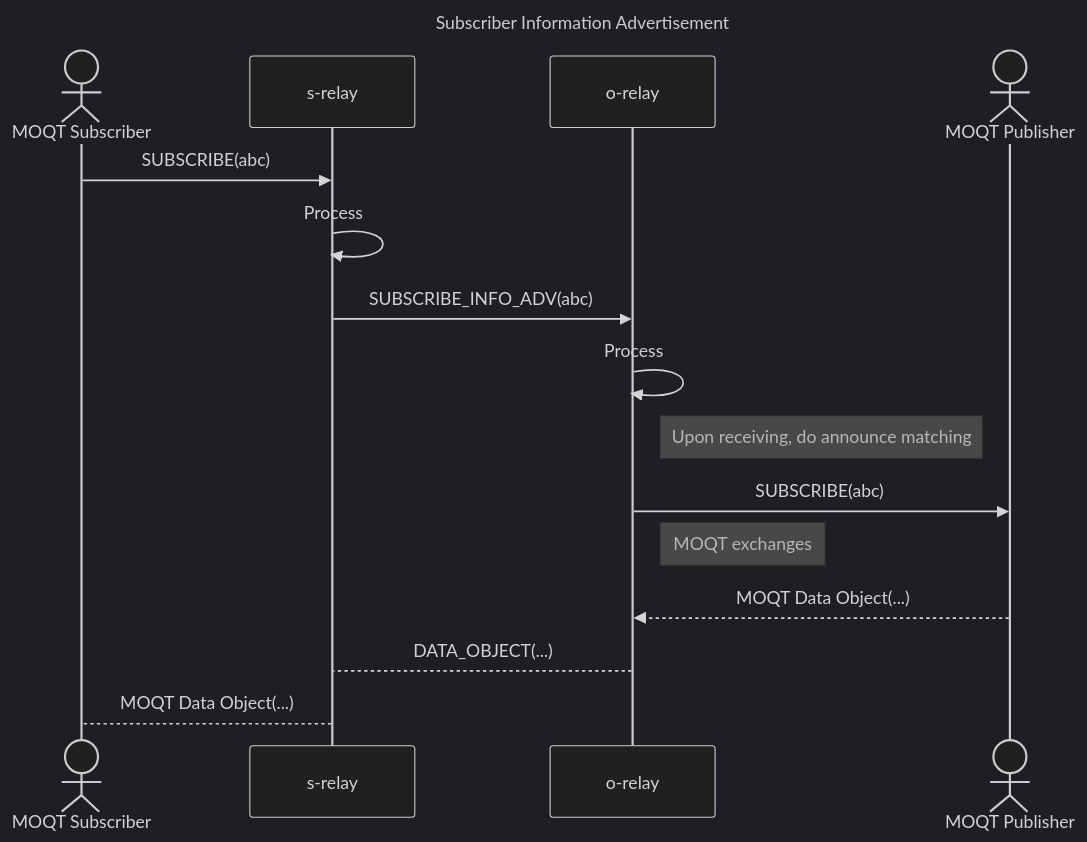
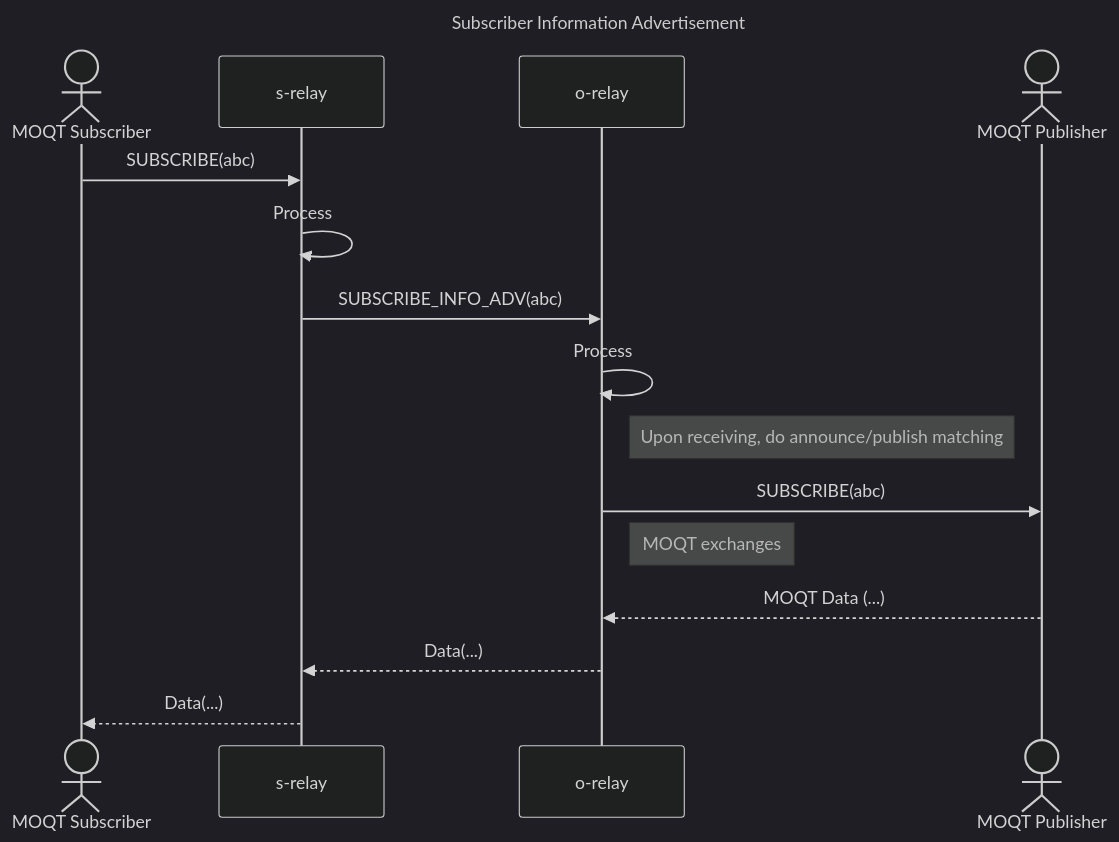
One commit to Quicr/laps changed diagram 26 of 28 in docs/relay-protocol.md. Above: the diagram before and after it, drawn with Mermaid (dark theme). The commit also changed other lines of this file and 1 other file, not shown here.

````diff
--- a/docs/relay-protocol.md
+++ b/docs/relay-protocol.md
@@ -1739,22 +1819,21 @@
 ```mermaid
 ---
 title: Subscriber Information Advertisement
 ---
 sequenceDiagram
     actor S as MOQT Subscriber
     participant SR as s-relay
     participant OR as o-relay
     actor P as MOQT Publisher
 
     S ->> SR: SUBSCRIBE(abc)
     SR ->> SR: Process
     SR ->> OR: SUBSCRIBE_INFO_ADV(abc)
     OR ->> OR: Process
-    note right of OR: Upon receiving, do announce matching
+    note right of OR: Upon receiving, do announce/publish matching
     OR ->> P: SUBSCRIBE(abc)
     note right of OR: MOQT exchanges
-    P -->> OR: MOQT Data Object(...)
-    OR --> SR: DATA_OBJECT(...)
-    SR --> S: MOQT Data Object(...)
-
+    P -->> OR: MOQT Data (...)
+    OR -->> SR: Data(...)
+    SR -->> S: Data(...)
 ```
````
